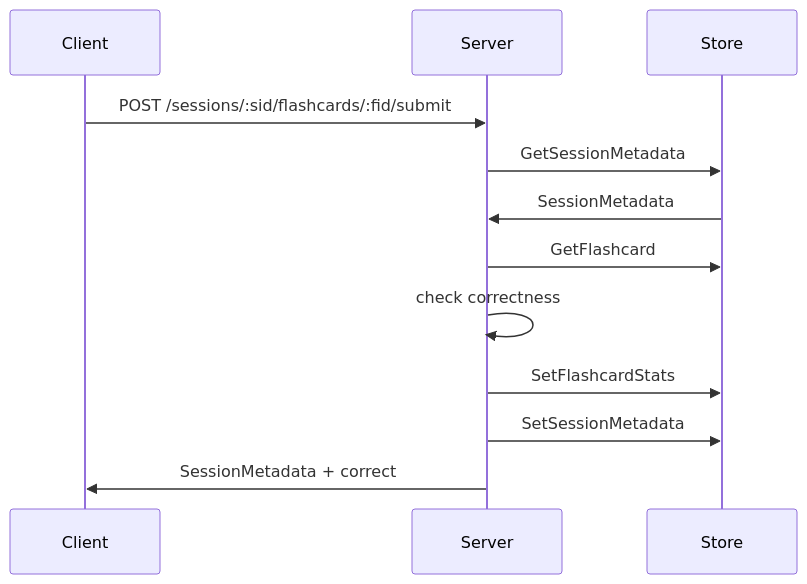
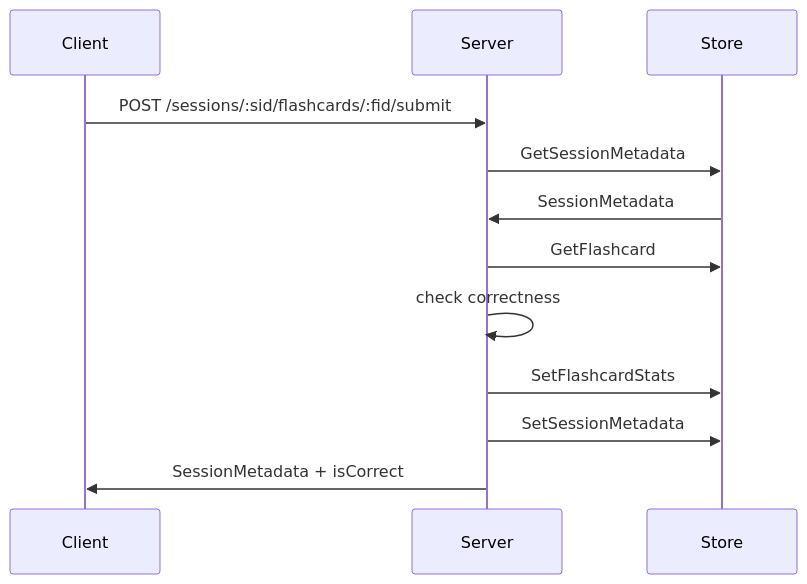
Before and after one commit to lafeingcrokodil/flashcards: the sixth of 7 diagrams in README.md, drawn with Mermaid. The commit also changed 4 other files, not shown here.

````diff
--- a/README.md
+++ b/README.md
@@ -155,15 +155,15 @@
 ```mermaid
 sequenceDiagram
     participant Client
     participant Server
     participant Store
 
     Client->>Server: POST /sessions/:sid/flashcards/:fid/submit
     Server->>Store: GetSessionMetadata
     Store->>Server: SessionMetadata
     Server->>Store: GetFlashcard
     Server->>Server: check correctness
     Server->>Store: SetFlashcardStats
     Server->>Store: SetSessionMetadata
-    Server->>Client: SessionMetadata + correct
+    Server->>Client: SessionMetadata + isCorrect
 ```
````
